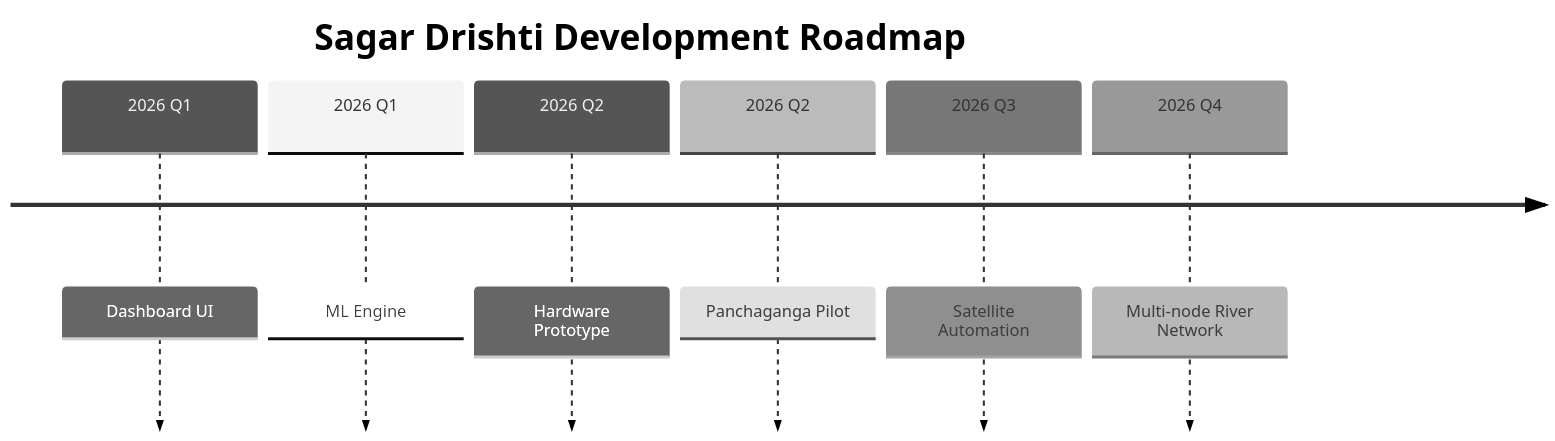
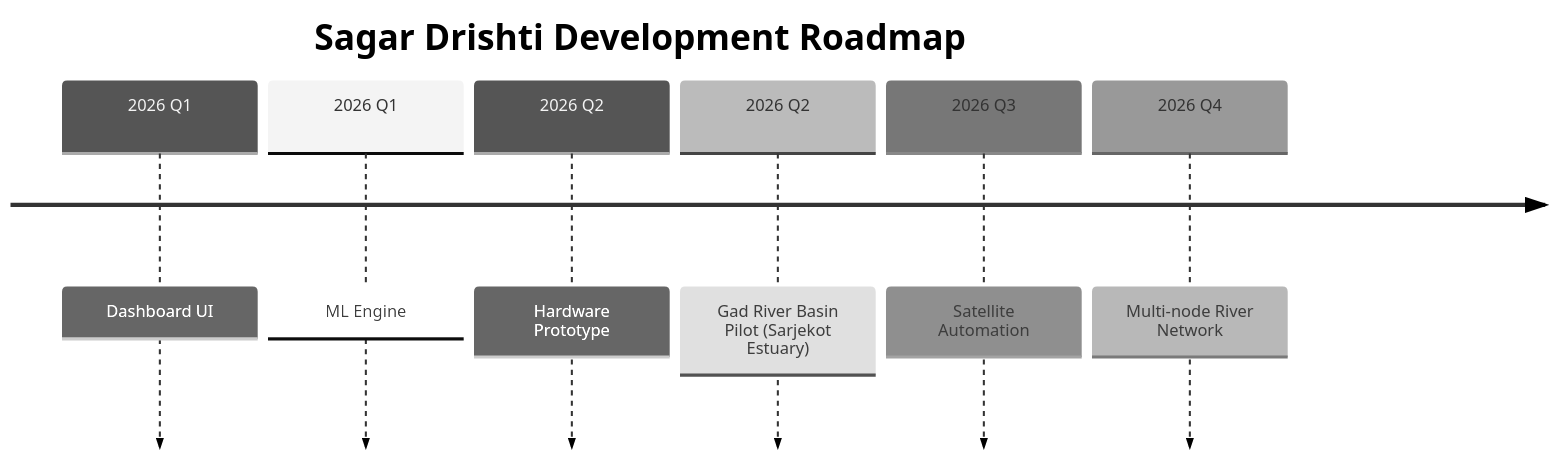
The seventh of 7 diagrams in README.md (Guruprasad-Bhosale/Varuna1.0), drawn with Mermaid (neutral theme) before and after one commit. The commit also changed 28 other files, not shown here.

````diff
--- a/README.md
+++ b/README.md
@@ -420,16 +420,16 @@
 ```mermaid
 timeline
 title Sagar Drishti Development Roadmap
 
 2026 Q1 : Dashboard UI
 
 2026 Q1 : ML Engine
 
 2026 Q2 : Hardware Prototype
 
-2026 Q2 : Panchaganga Pilot
+2026 Q2 : Gad River Basin Pilot (Sarjekot Estuary)
 
 2026 Q3 : Satellite Automation
 
 2026 Q4 : Multi-node River Network
 ```
````
